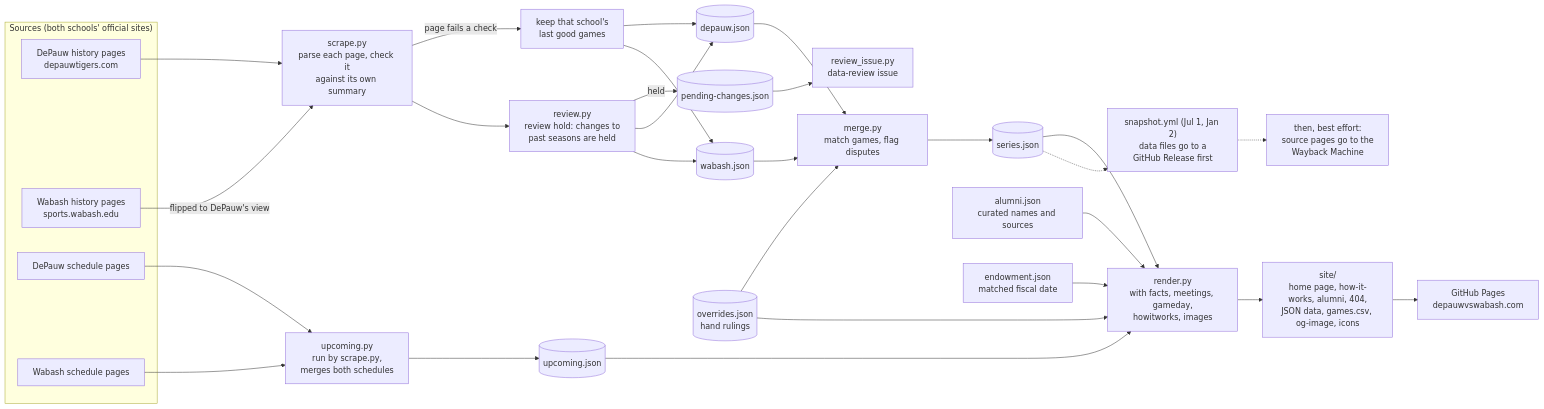
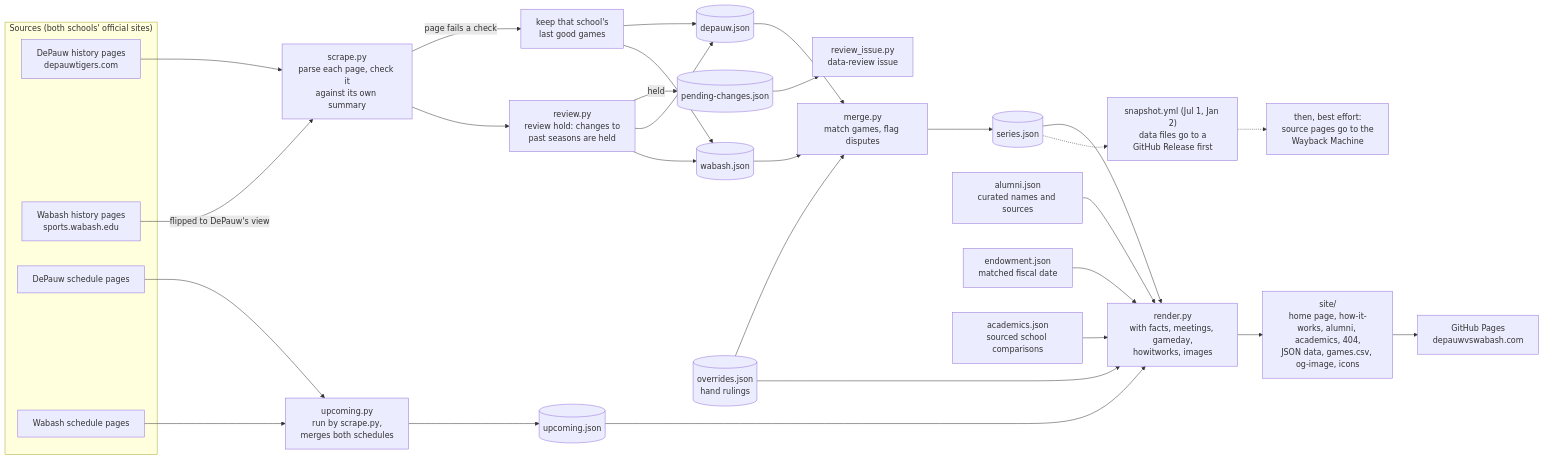
Before and after one commit to Haynesmodel/DePauw-vs-Wabash-web: the first of 3 diagrams in README.md, drawn with Mermaid. The commit also changed other lines of this file and 6 other files, not shown here.

Commit message:
Add sourced academics comparison page

````diff
--- a/README.md
+++ b/README.md
@@ -54,36 +59,37 @@
 ```mermaid
 flowchart LR
   subgraph SRC["Sources (both schools' official sites)"]
     DH["DePauw history pages<br/>depauwtigers.com"]
     WH["Wabash history pages<br/>sports.wabash.edu"]
     DS["DePauw schedule pages"]
     WS["Wabash schedule pages"]
   end
 
   DH --> P["scrape.py<br/>parse each page, check it<br/>against its own summary"]
   WH -- "flipped to DePauw's view" --> P
   P -- "page fails a check" --> K["keep that school's<br/>last good games"]
   P --> R["review.py<br/>review hold: changes to<br/>past seasons are held"]
   R -- "held" --> PC[("pending-changes.json")]
   PC --> RI["review_issue.py<br/>data-review issue"]
   R --> DJ[("depauw.json")]
   R --> WJ[("wabash.json")]
   K --> DJ
   K --> WJ
   DJ --> M["merge.py<br/>match games, flag disputes"]
   WJ --> M
   OV[("overrides.json<br/>hand rulings")] --> M
   M --> SJ[("series.json")]
   DS --> U["upcoming.py<br/>run by scrape.py,<br/>merges both schedules"]
   WS --> U
   U --> UJ[("upcoming.json")]
   SJ --> RN["render.py<br/>with facts, meetings, gameday,<br/>howitworks, images"]
   AL["alumni.json<br/>curated names and sources"] --> RN
   EN["endowment.json<br/>matched fiscal date"] --> RN
+  AC["academics.json<br/>sourced school comparisons"] --> RN
   UJ --> RN
   OV --> RN
-  RN --> SITE["site/<br/>home page, how-it-works, alumni, 404,<br/>JSON data, games.csv, og-image, icons"]
+  RN --> SITE["site/<br/>home page, how-it-works, alumni, academics, 404,<br/>JSON data, games.csv, og-image, icons"]
   SITE --> GP["GitHub Pages<br/>depauwvswabash.com"]
   SJ -.-> SN["snapshot.yml (Jul 1, Jan 2)<br/>data files go to a<br/>GitHub Release first"]
   SN -.-> WB["then, best effort:<br/>source pages go to the<br/>Wayback Machine"]
 ```
````
